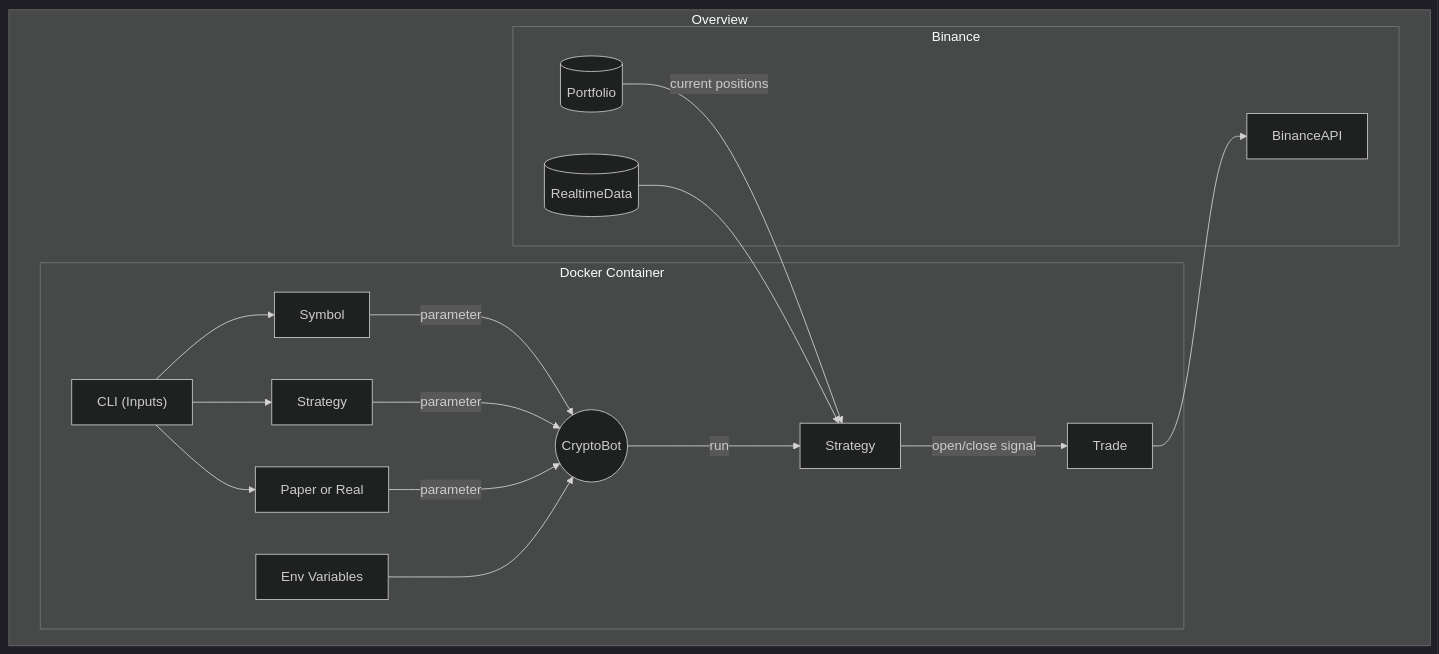
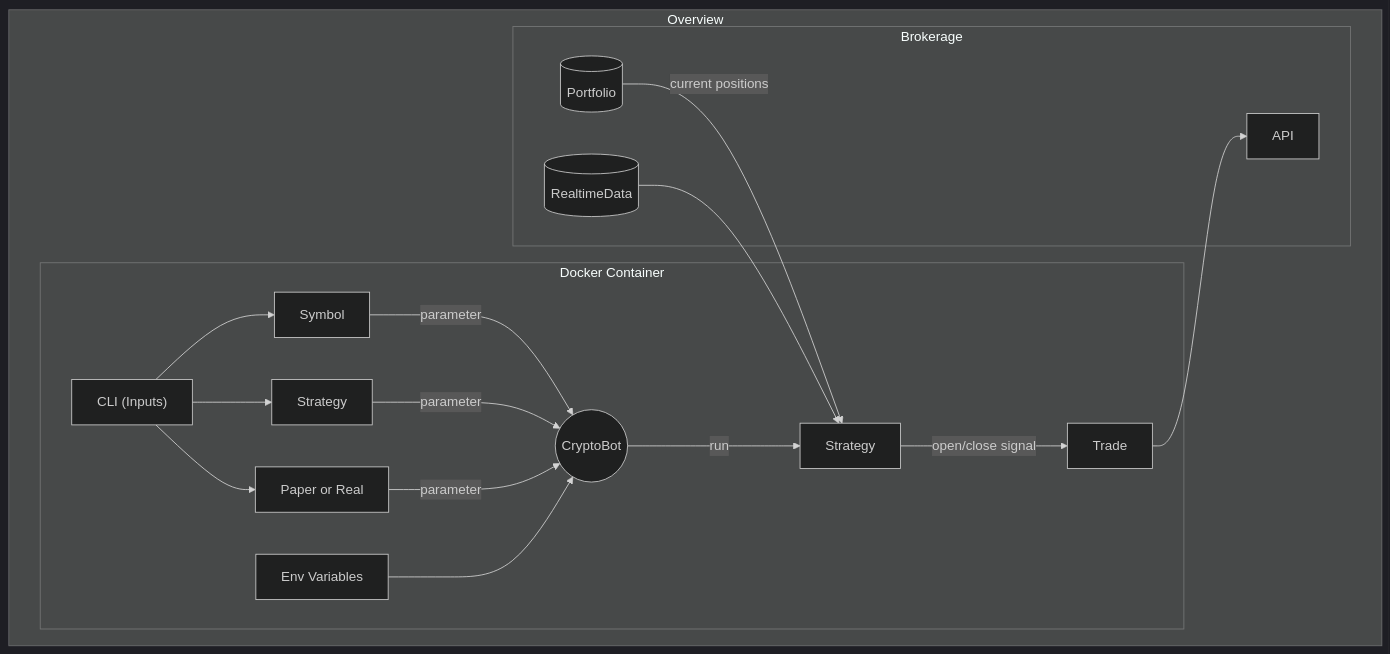
The diagram in README.md (DomSperanza/CryptoTrading), drawn with Mermaid (dark theme) before and after one commit.

Commit message:
changed reference to general broker on readme

````diff
--- a/README.md
+++ b/README.md
@@ -19,28 +19,28 @@
 ```mermaid
     flowchart TD
     subgraph Overview
         subgraph Docker Container 
         Env[Env Variables]
         
         CLI["CLI (Inputs)"] --> Symbol[Symbol]
         CLI --> InputStrat[Strategy]
         CLI --> Type[Paper or Real]
 
         Symbol -- parameter --> CryptoBot((CryptoBot))
         InputStrat -- parameter --> CryptoBot
         Type -- parameter --> CryptoBot
         Env --> CryptoBot
 
         CryptoBot -- run --> Strategy
         Strategy -- open/close signal --> Trade
 
         end
-        subgraph Binance
+        subgraph Brokerage
 
             Portfolio[(Portfolio)] -- current positions --> Strategy
             RealtimeData[(RealtimeData)] --> Strategy
-            BinanceAPI
+            API
         end
-            Trade --> BinanceAPI
+            Trade --> API
     end
 ```
````
